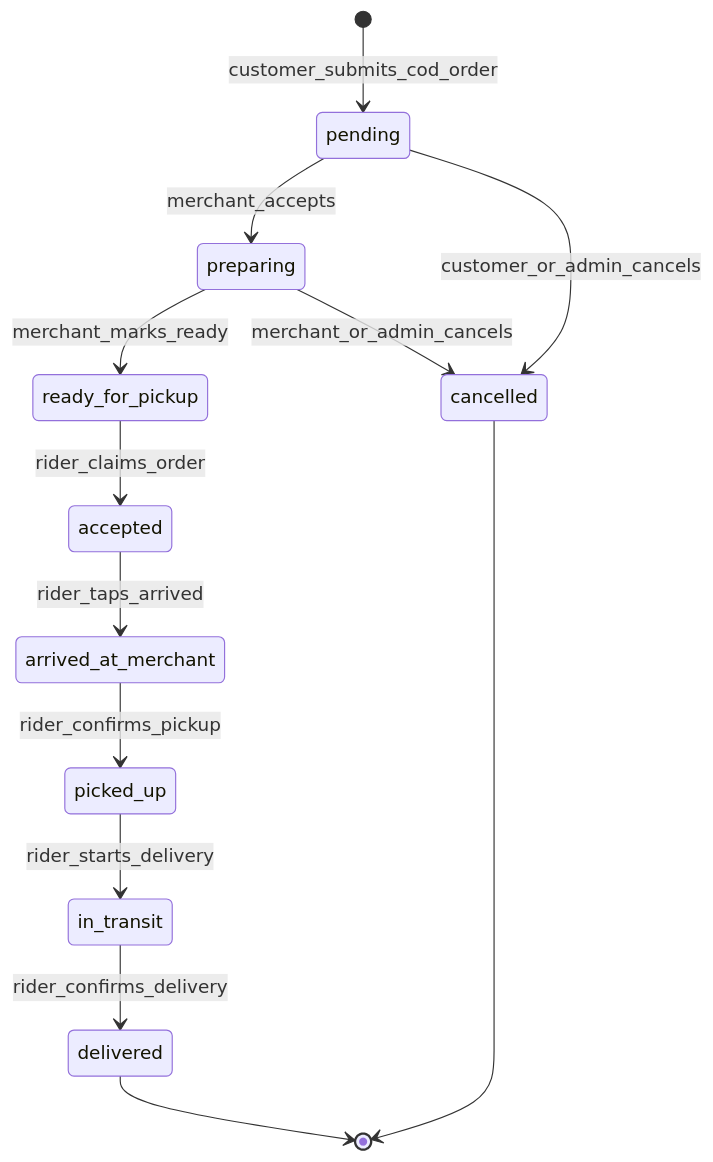
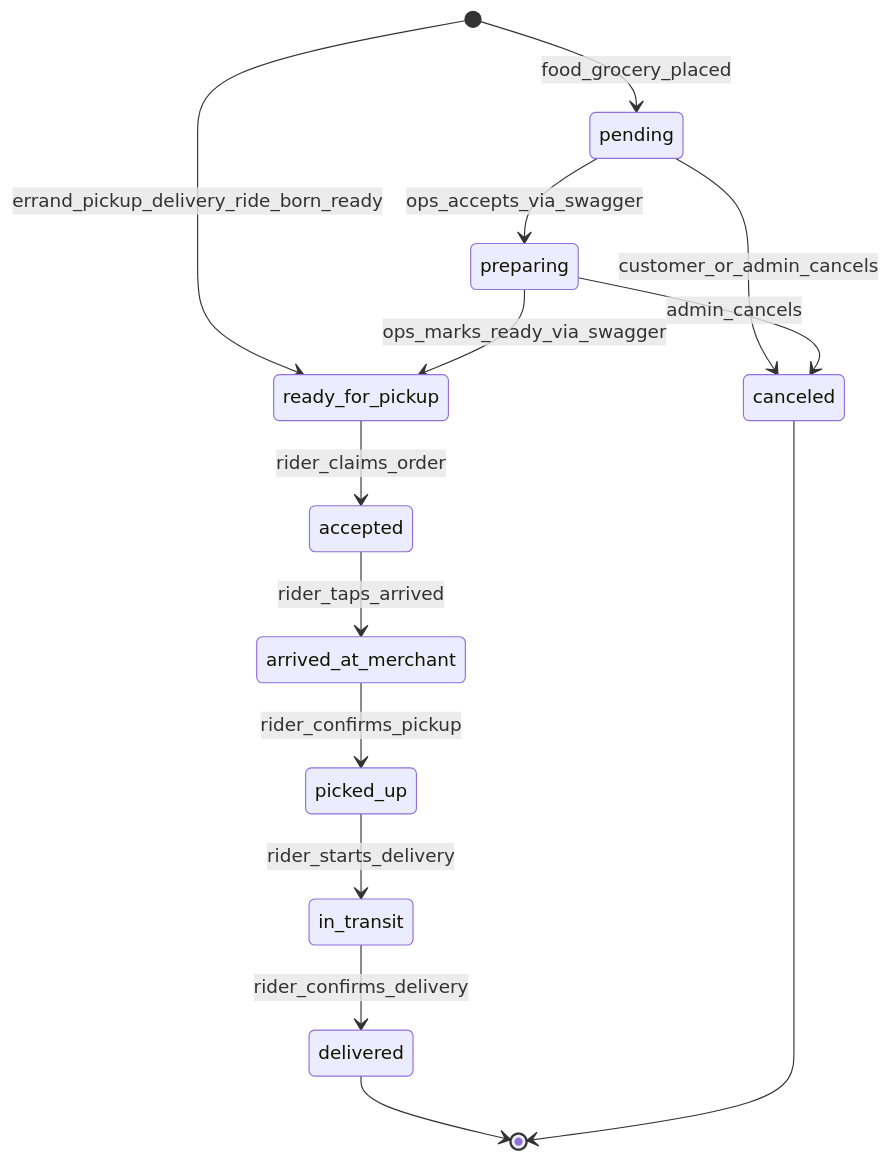
Before and after one commit to xzen-projects/cartman-ph-docs: the fourth of 13 diagrams in docs/breakdown/flows.md, drawn with Mermaid. The commit also changed other lines of this file and 3 other files, not shown here.

First line of the commit message:
docs: mirror architecture reconciliation into breakdown docs

````diff
--- a/docs/breakdown/flows.md
+++ b/docs/breakdown/flows.md
@@ -144,19 +126,20 @@
 ```mermaid
 stateDiagram-v2
-  [*] --> pending: customer_submits_cod_order
+  [*] --> pending: food_grocery_placed
+  [*] --> ready_for_pickup: errand_pickup_delivery_ride_born_ready
 
-  pending --> preparing: merchant_accepts
-  pending --> cancelled: customer_or_admin_cancels
+  pending --> preparing: ops_accepts_via_swagger
+  pending --> canceled: customer_or_admin_cancels
 
-  preparing --> ready_for_pickup: merchant_marks_ready
-  preparing --> cancelled: merchant_or_admin_cancels
+  preparing --> ready_for_pickup: ops_marks_ready_via_swagger
+  preparing --> canceled: admin_cancels
 
   ready_for_pickup --> accepted: rider_claims_order
   accepted --> arrived_at_merchant: rider_taps_arrived
   arrived_at_merchant --> picked_up: rider_confirms_pickup
   picked_up --> in_transit: rider_starts_delivery
   in_transit --> delivered: rider_confirms_delivery
 
   delivered --> [*]
-  cancelled --> [*]
+  canceled --> [*]
 ```
````
